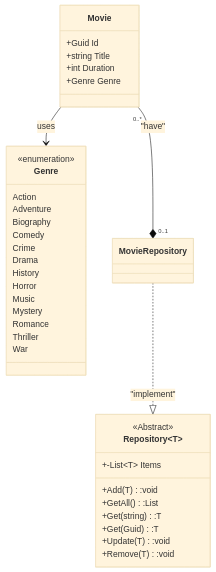
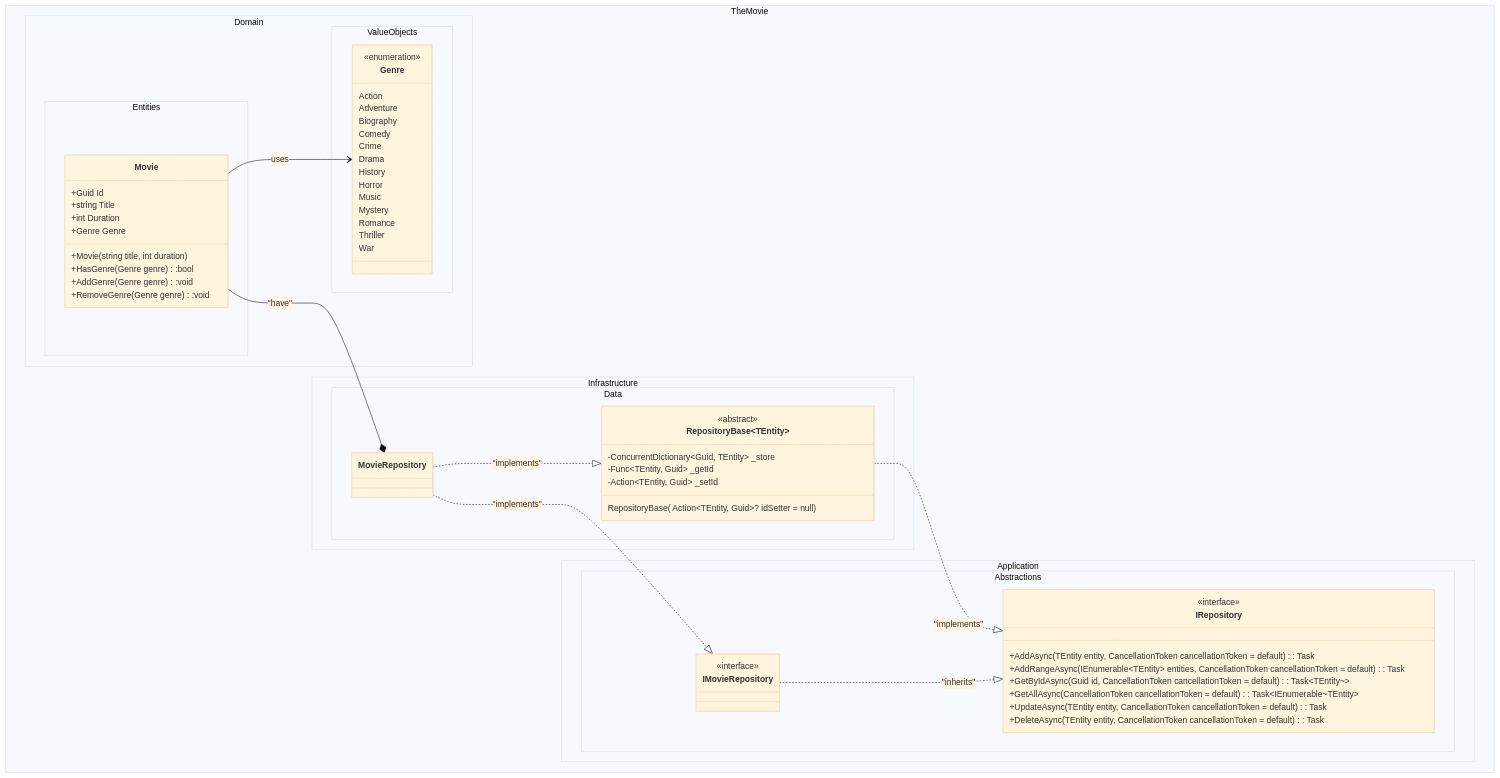
One commit to DMOoF25/TheMovie changed the diagram in docs/DCD.mmd. Above: the diagram before and after it, drawn with Mermaid (base theme).

Commit message:
DCD with namespaces

```diff
--- a/docs/DCD.mmd
+++ b/docs/DCD.mmd
@@ -1,46 +1,72 @@
 classDiagram
-    %% Core Entity
-    class Movie {
-        +Guid Id
-        +string Title
-        +int Duration
-        +Genre Genre
+    direction TB
+    namespace TheMovie.Domain.Entities {
+        class Movie {
+            +Guid Id
+            +string Title
+            +int Duration
+            +Genre Genre
+            +Movie(string title, int duration)
+            +HasGenre(Genre genre) :bool
+            +AddGenre(Genre genre) :void
+            +RemoveGenre(Genre genre) :void
+        }
     }
 
-    %% Value Object
-    class Genre {
-        <<enumeration>>
-        Action
-        Adventure
-        Biography
-        Comedy
-        Crime
-        Drama
-        History
-        Horror
-        Music
-        Mystery
-        Romance
-        Thriller
-        War
+    namespace TheMovie.Domain.ValueObjects {
+        class Genre {
+            Action
+            Adventure
+            Biography
+            Comedy
+            Crime
+            Drama
+            History
+            Horror
+            Music
+            Mystery
+            Romance
+            Thriller
+            War
+        }
     }
 
-    class MovieRepository {
-    }    
+    namespace TheMovie.Infrastructure.Data {
+        class MovieRepository {
+        }    
 
-    class Repository~T~ {
-        +-List~T~ Items
-        +Add(T) :void
-        +GetAll() :List
-        +Get(string) :T
-        +Get(Guid) :T
-        +Update(T) :void
-        +Remove(T) :void
+        class RepositoryBase~TEntity~ {
+            -ConcurrentDictionary~Guid, TEntity~ _store
+            -Func~TEntity, Guid~ _getId
+            -Action~TEntity, Guid~ _setId
+            RepositoryBase(Func~TEntity, Guid~? idSelector = null, Action~TEntity, Guid~? idSetter = null)
+        }
     }
 
-    <<Abstract>> Repository
+    namespace TheMovie.Application.Abstractions {
+        class IRepository {
+            +AddAsync(TEntity entity, CancellationToken cancellationToken = default) : Task
+            +AddRangeAsync(IEnumerable~TEntity~ entities, CancellationToken cancellationToken = default) : Task
+            +GetByIdAsync(Guid id, CancellationToken cancellationToken = default) : Task~TEntity~~
+            +GetAllAsync(CancellationToken cancellationToken = default) : Task~IEnumerable~TEntity~
+            +UpdateAsync(TEntity entity, CancellationToken cancellationToken = default) : Task
+            +DeleteAsync(TEntity entity, CancellationToken cancellationToken = default) : Task
+        }
+
+        class IMovieRepository {
+
+        }
+    }
+
+    <<interface>> IRepository
+    <<interface>> IMovieRepository
+    <<abstract>> RepositoryBase
+    <<enumeration>> Genre
 
     %% Relationships
     Movie --> Genre : uses
-    MovieRepository ..|> Repository : "implement"
-    Movie "0..*" --* "0..1" MovieRepository  : "have"
+    MovieRepository ..|> RepositoryBase : "implements"
+    Movie --* MovieRepository  : "have"
+    MovieRepository ..|> IMovieRepository : "implements"
+    RepositoryBase ..|> IRepository : "implements"
+    IMovieRepository ..|> IRepository : "inherits"
```
